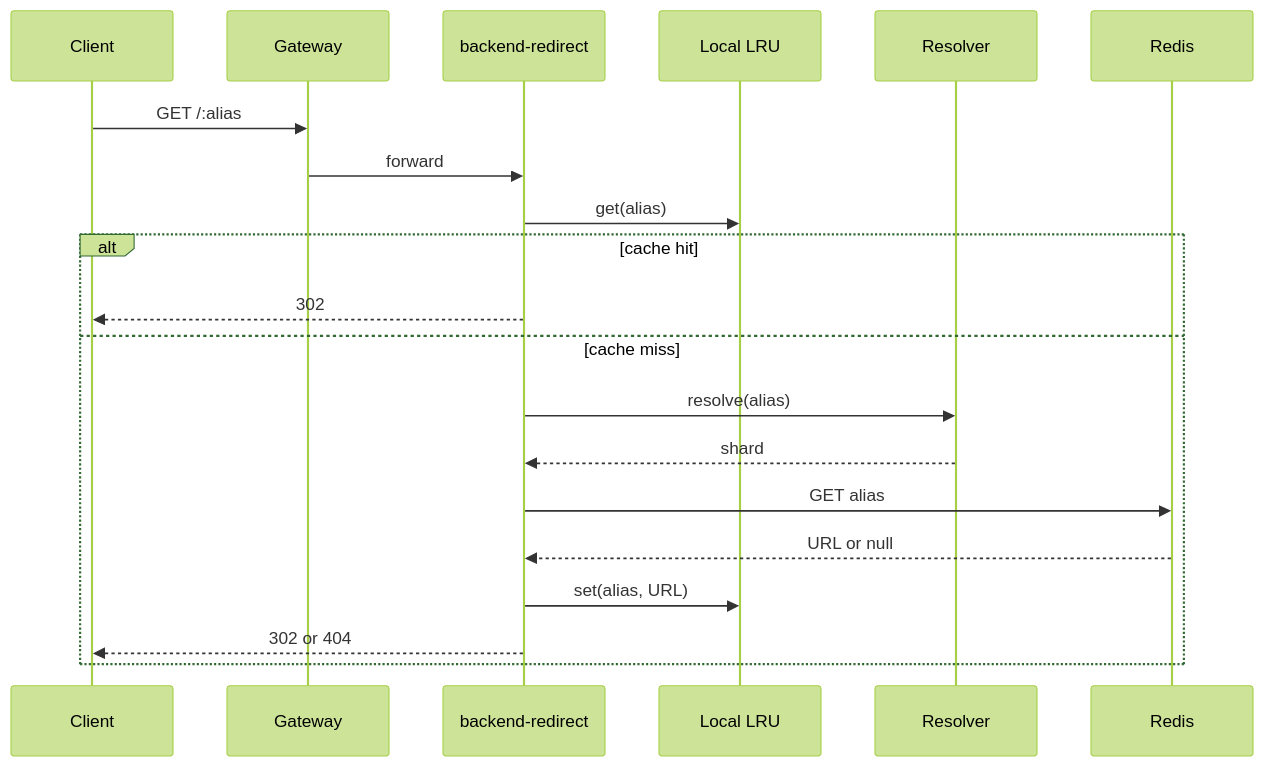
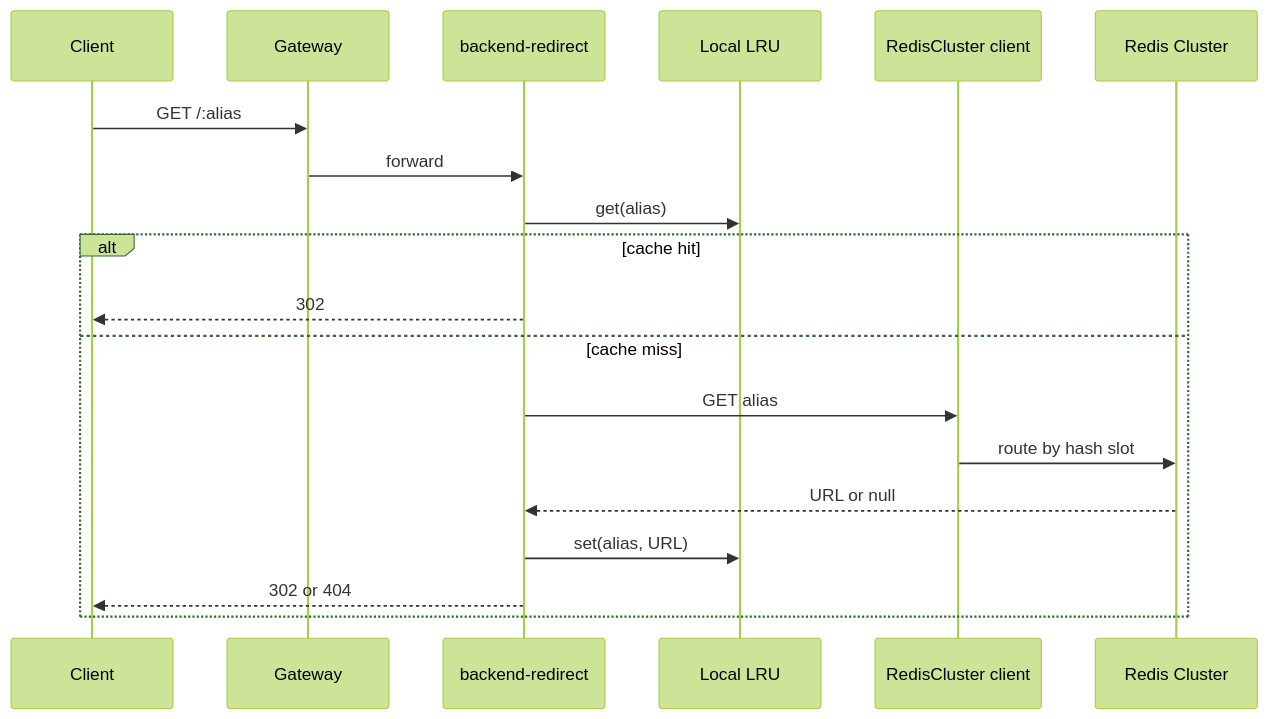
One commit to sumiredc/alias-url changed the fourth of 4 diagrams in variants/distributed/README.md. Above: the diagram before and after it, drawn with Mermaid (forest theme). The commit also changed other lines of this file and 27 other files, not shown here.

````diff
--- a/variants/distributed/README.md
+++ b/variants/distributed/README.md
@@ -74,23 +72,22 @@
 ```mermaid
 sequenceDiagram
     participant Client
     participant Gateway
     participant Redirect as backend-redirect
     participant Cache as Local LRU
-    participant Resolver
-    participant Redis
+    participant Cluster as RedisCluster client
+    participant Redis as Redis Cluster
 
     Client->>Gateway: GET /:alias
     Gateway->>Redirect: forward
     Redirect->>Cache: get(alias)
     alt cache hit
         Redirect-->>Client: 302
     else cache miss
-        Redirect->>Resolver: resolve(alias)
-        Resolver-->>Redirect: shard
-        Redirect->>Redis: GET alias
+        Redirect->>Cluster: GET alias
+        Cluster->>Redis: route by hash slot
         Redis-->>Redirect: URL or null
         Redirect->>Cache: set(alias, URL)
         Redirect-->>Client: 302 or 404
     end
 ```
````
